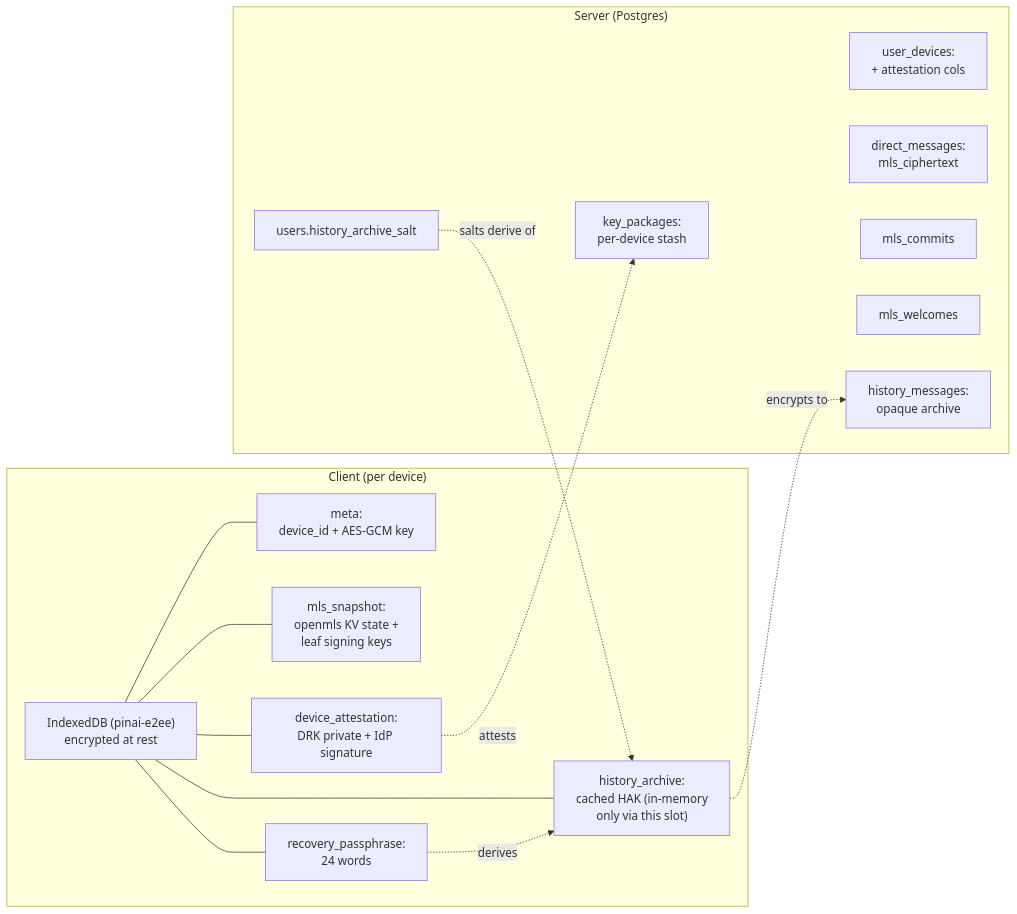
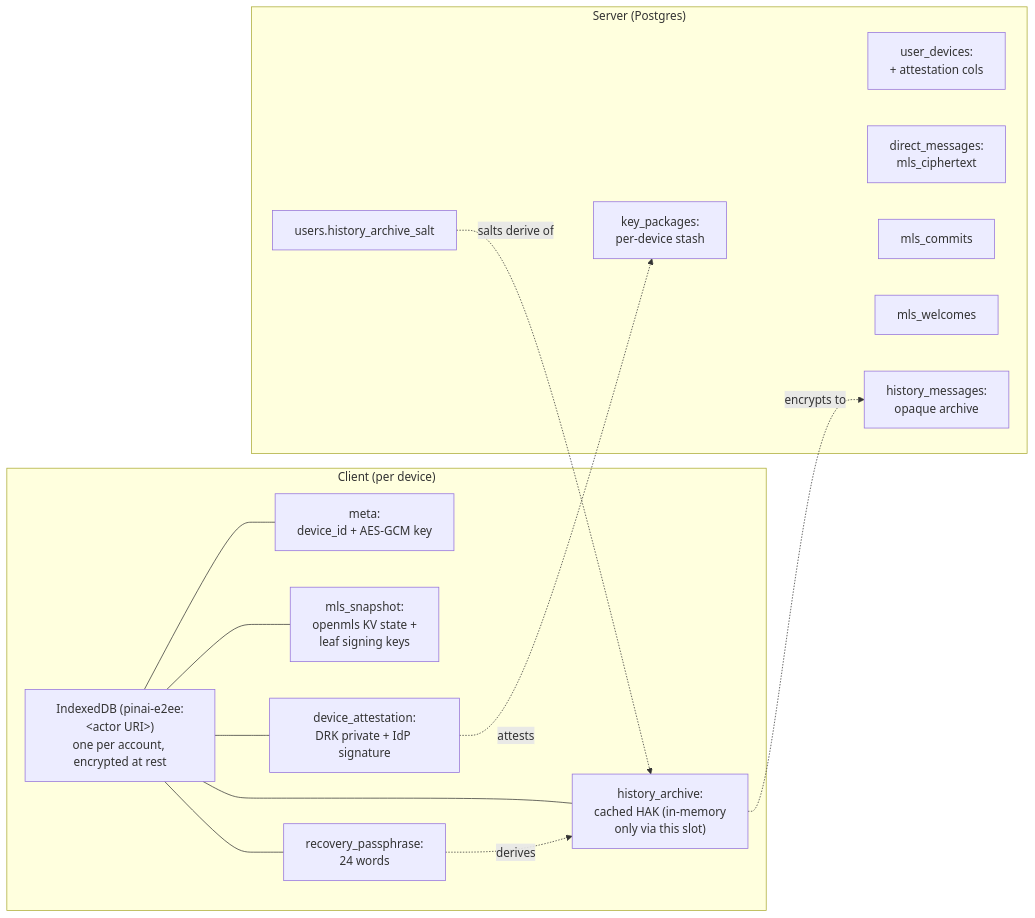
One commit to Pina-i/pinai changed the ninth of 9 diagrams in identity-provider/specs/05-e2ee.md. Above: the diagram before and after it, drawn with Mermaid. The commit also changed other lines of this file and 7 other files, not shown here.

````diff
--- a/identity-provider/specs/05-e2ee.md
+++ b/identity-provider/specs/05-e2ee.md
@@ -604,24 +604,24 @@
 ```mermaid
 flowchart LR
     subgraph client ["Client (per device)"]
-        IDB["IndexedDB (pinai-e2ee)<br/>encrypted at rest"]
+        IDB["IndexedDB (pinai-e2ee:#lt;actor URI#gt;)<br/>one per account, encrypted at rest"]
         IDB --- meta["meta:<br/>device_id + AES-GCM key"]
         IDB --- ident["mls_snapshot:<br/>openmls KV state +<br/>leaf signing keys"]
         IDB --- att["device_attestation:<br/>DRK private + IdP signature"]
         IDB --- pass["recovery_passphrase:<br/>24 words"]
         IDB --- hist["history_archive:<br/>cached HAK (in-memory<br/>only via this slot)"]
     end
     subgraph server ["Server (Postgres)"]
         UD["user_devices:<br/>+ attestation cols"]
         KP["key_packages:<br/>per-device stash"]
         DM["direct_messages:<br/>mls_ciphertext"]
         MC["mls_commits"]
         MW["mls_welcomes"]
         HM["history_messages:<br/>opaque archive"]
         US["users.history_archive_salt"]
     end
     att -.->|attests| KP
     pass -.->|derives| hist
     hist -.->|encrypts to| HM
     US -.->|salts derive of| hist
 ```
````
